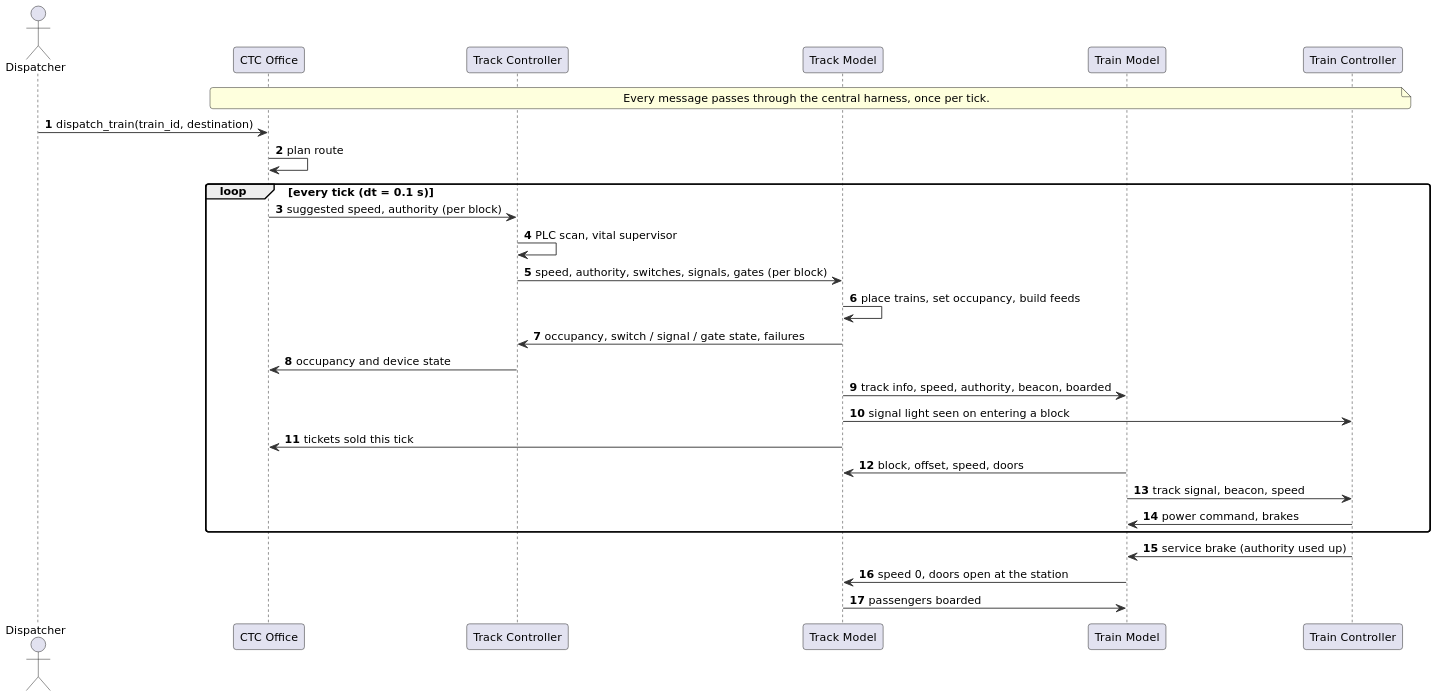
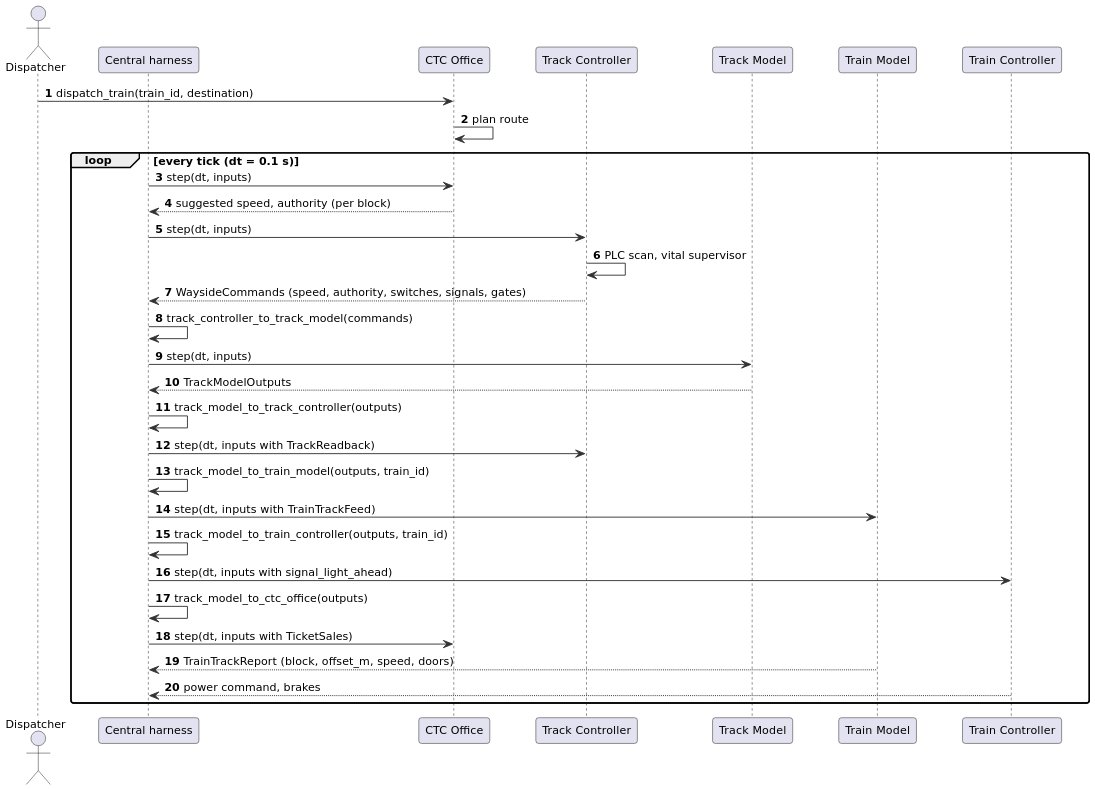
Before and after one commit to Landiss04/Track-Overflow: the diagram in documents/uml/track_model/sd16_dispatch.puml, drawn with PlantUML. The commit also changed 39 other files, not shown here.

First line of the commit message:
Track Model diagrams: sequence messages show the real method calls; use case actors joined by plain lines

```diff
--- a/documents/uml/track_model/sd16_dispatch.puml
+++ b/documents/uml/track_model/sd16_dispatch.puml
@@ -1,38 +1,41 @@
 @startuml
 skinparam shadowing false
 skinparam dpi 170
 skinparam defaultFontName DejaVu Sans
 skinparam defaultFontSize 12
 skinparam roundCorner 6
 skinparam ArrowColor #333333
 skinparam BackgroundColor white
 skinparam sequenceMessageAlign left
 skinparam ParticipantPadding 20
 autonumber
 actor Dispatcher
+participant "Central harness" as H
 participant "CTC Office" as CTC
 participant "Track Controller" as TC
 participant "Track Model" as TM
 participant "Train Model" as TRM
 participant "Train Controller" as TrC
-note over CTC, TrC : Every message passes through the central harness, once per tick.
 Dispatcher -> CTC : dispatch_train(train_id, destination)
 CTC -> CTC : plan route
 loop every tick (dt = 0.1 s)
-  CTC -> TC : suggested speed, authority (per block)
+  H -> CTC : step(dt, inputs)
+  CTC --> H : suggested speed, authority (per block)
+  H -> TC : step(dt, inputs)
   TC -> TC : PLC scan, vital supervisor
-  TC -> TM : speed, authority, switches, signals, gates (per block)
-  TM -> TM : place trains, set occupancy, build feeds
-  TM -> TC : occupancy, switch / signal / gate state, failures
-  TC -> CTC : occupancy and device state
-  TM -> TRM : track info, speed, authority, beacon, boarded
-  TM -> TrC : signal light seen on entering a block
-  TM -> CTC : tickets sold this tick
-  TRM -> TM : block, offset, speed, doors
-  TRM -> TrC : track signal, beacon, speed
-  TrC -> TRM : power command, brakes
+  TC --> H : WaysideCommands (speed, authority, switches, signals, gates)
+  H -> H : track_controller_to_track_model(commands)
+  H -> TM : step(dt, inputs)
+  TM --> H : TrackModelOutputs
+  H -> H : track_model_to_track_controller(outputs)
+  H -> TC : step(dt, inputs with TrackReadback)
+  H -> H : track_model_to_train_model(outputs, train_id)
+  H -> TRM : step(dt, inputs with TrainTrackFeed)
+  H -> H : track_model_to_train_controller(outputs, train_id)
+  H -> TrC : step(dt, inputs with signal_light_ahead)
+  H -> H : track_model_to_ctc_office(outputs)
+  H -> CTC : step(dt, inputs with TicketSales)
+  TRM --> H : TrainTrackReport (block, offset_m, speed, doors)
+  TrC --> H : power command, brakes
 end
-TrC -> TRM : service brake (authority used up)
-TRM -> TM : speed 0, doors open at the station
-TM -> TRM : passengers boarded
 @enduml
```
